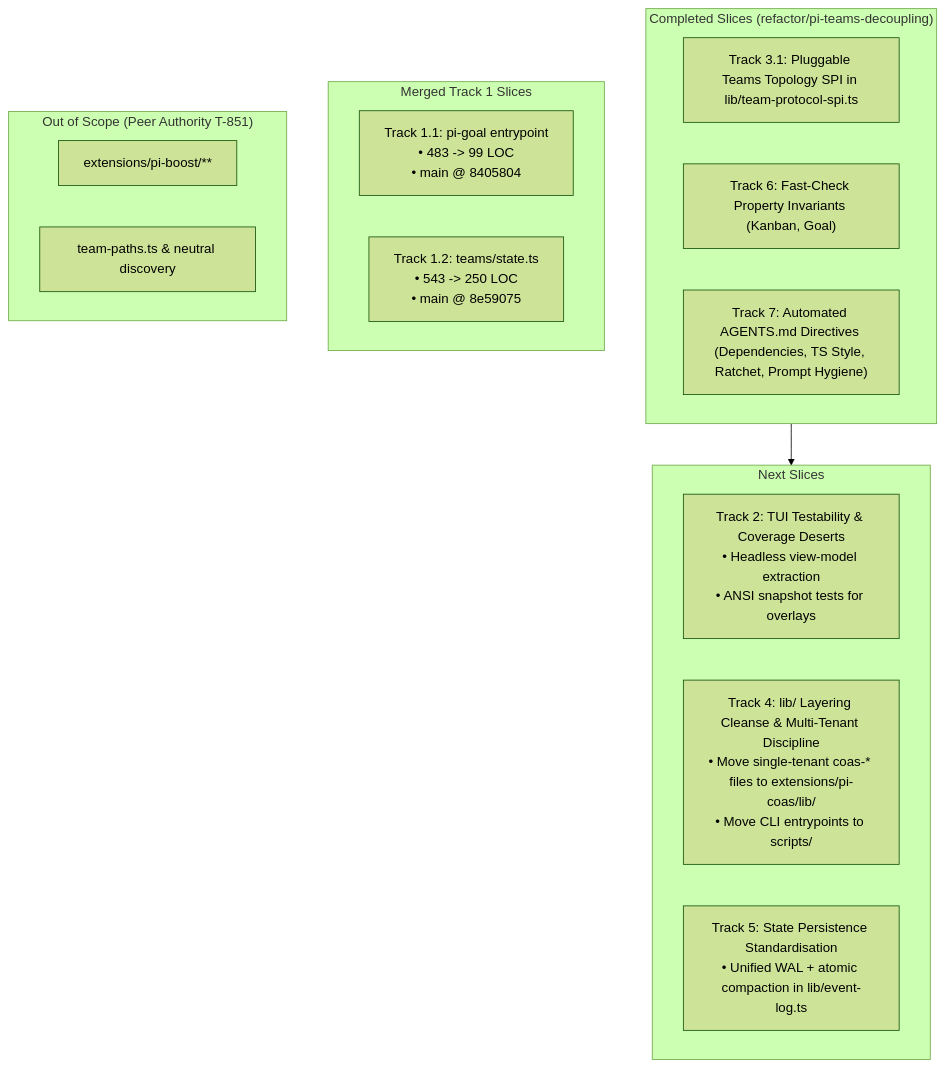
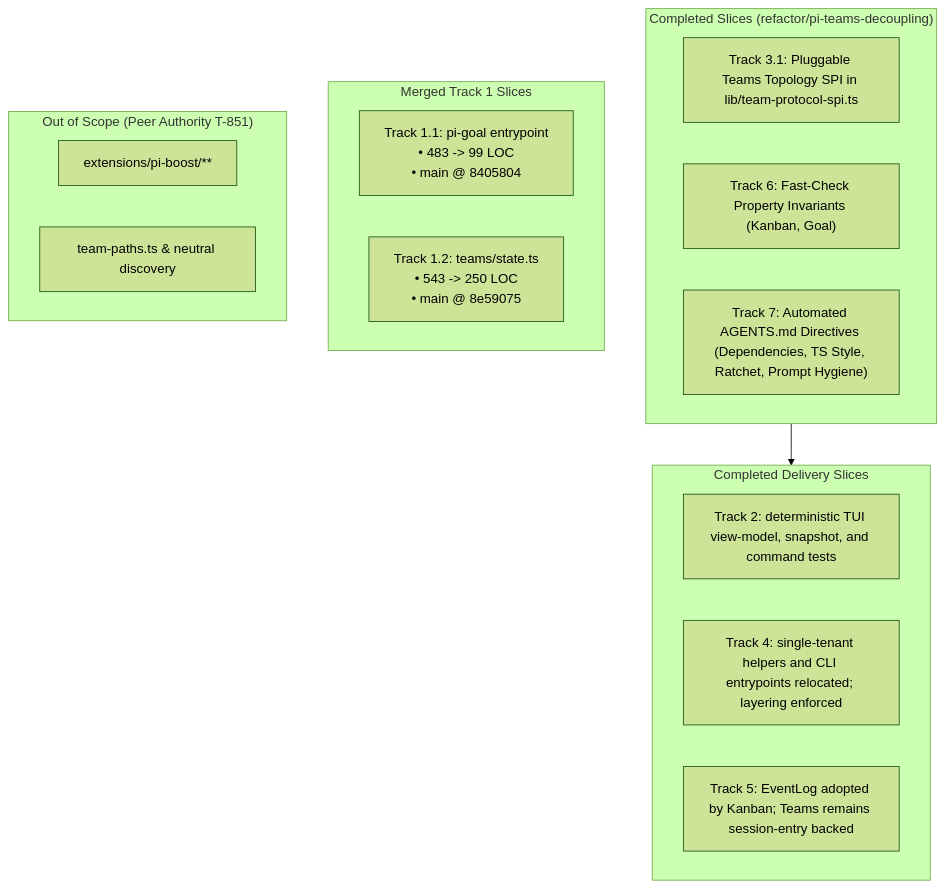
The diagram in planning/ARCHITECTURE-REFACTOR-QUEUE.md (tS7hKamAYL84j91/pi-tools-and-skills), drawn with Mermaid (forest theme) before and after one commit. The commit also changed other lines of this file and 1 other file, not shown here.

Commit message:
docs: complete architecture refactor queue

````diff
--- a/planning/ARCHITECTURE-REFACTOR-QUEUE.md
+++ b/planning/ARCHITECTURE-REFACTOR-QUEUE.md
@@ -14,26 +14,26 @@
 ```mermaid
 flowchart TD
   subgraph Completed["Completed Slices (refactor/pi-teams-decoupling)"]
     C1["Track 3.1: Pluggable Teams Topology SPI in lib/team-protocol-spi.ts"]
     C2["Track 6: Fast-Check Property Invariants (Kanban, Goal)"]
     C3["Track 7: Automated AGENTS.md Directives (Dependencies, TS Style, Ratchet, Prompt Hygiene)"]
   end
 
   subgraph CompletedTrack1["Merged Track 1 Slices"]
     T1A["Track 1.1: pi-goal entrypoint\n• 483 -> 99 LOC\n• main @ 8405804"]
     T1B["Track 1.2: teams/state.ts\n• 543 -> 250 LOC\n• main @ 8e59075"]
   end
 
-  subgraph ActiveNext["Next Slices"]
-    T2["Track 2: TUI Testability & Coverage Deserts\n• Headless view-model extraction\n• ANSI snapshot tests for overlays"]
-    T4["Track 4: lib/ Layering Cleanse & Multi-Tenant Discipline\n• Move single-tenant coas-* files to extensions/pi-coas/lib/\n• Move CLI entrypoints to scripts/"]
-    T5["Track 5: State Persistence Standardisation\n• Unified WAL + atomic compaction in lib/event-log.ts"]
+  subgraph CompletedDelivery["Completed Delivery Slices"]
+    T2["Track 2: deterministic TUI view-model, snapshot, and command tests"]
+    T4["Track 4: single-tenant helpers and CLI entrypoints relocated; layering enforced"]
+    T5["Track 5: EventLog adopted by Kanban; Teams remains session-entry backed"]
   end
 
   subgraph OutOfScope["Out of Scope (Peer Authority T-851)"]
     OOS1["extensions/pi-boost/**"]
     OOS2["team-paths.ts & neutral discovery"]
   end
 
-  Completed --> ActiveNext
+  Completed --> CompletedDelivery
 ```
````
